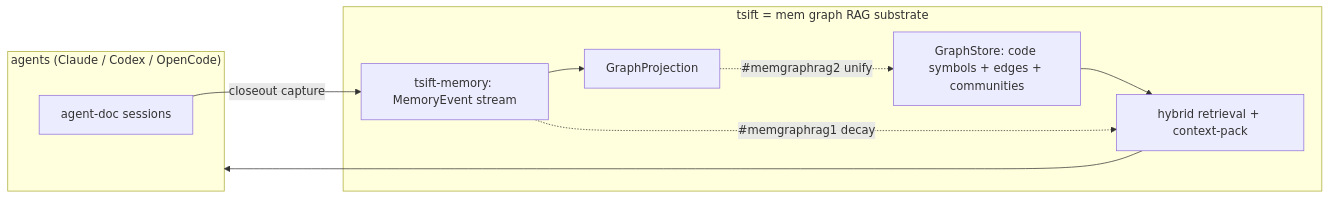
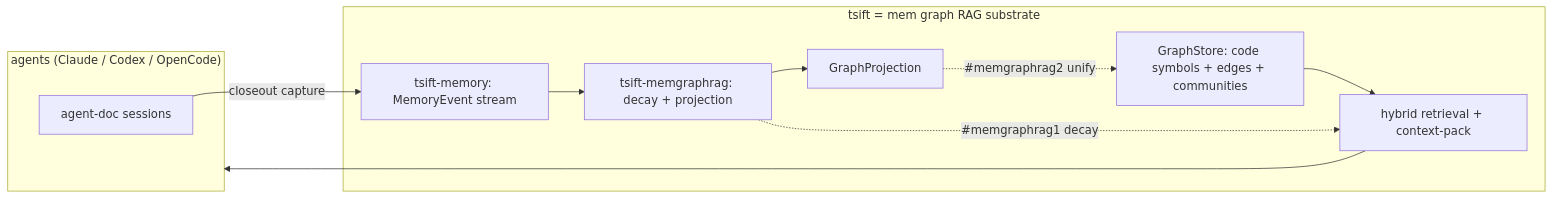
One commit to btakita/tsift changed the diagram in specs/memgraphrag-direction.md. Above: the diagram before and after it, drawn with Mermaid. The commit also changed other lines of this file and 16 other files, not shown here.

Commit message:
refactor: extract tsift-memgraphrag crate

````diff
--- a/specs/memgraphrag-direction.md
+++ b/specs/memgraphrag-direction.md
@@ -32,18 +32,19 @@
 ```mermaid
 flowchart LR
   subgraph Harnesses["agents (Claude / Codex / OpenCode)"]
     AD[agent-doc sessions]
   end
   subgraph tsift["tsift = mem graph RAG substrate"]
     ME[tsift-memory: MemoryEvent stream]
+    MGR[tsift-memgraphrag: decay + projection]
     GP[GraphProjection]
     GS[GraphStore: code symbols + edges + communities]
     RET[hybrid retrieval + context-pack]
-    ME --> GP
+    ME --> MGR --> GP
     GP -. "#memgraphrag2 unify" .-> GS
     GS --> RET
-    ME -. "#memgraphrag1 decay" .-> RET
+    MGR -. "#memgraphrag1 decay" .-> RET
     AD -->|closeout capture| ME
   end
   RET --> Harnesses
 ```
````
